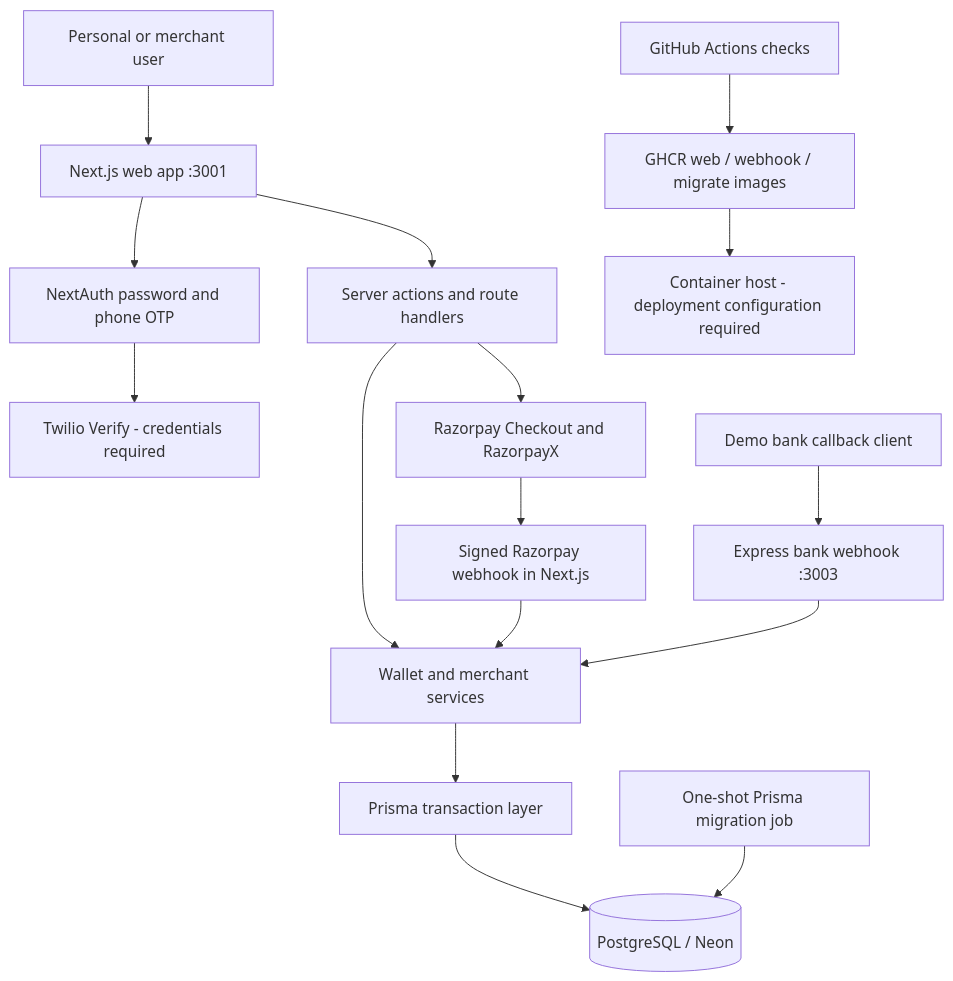
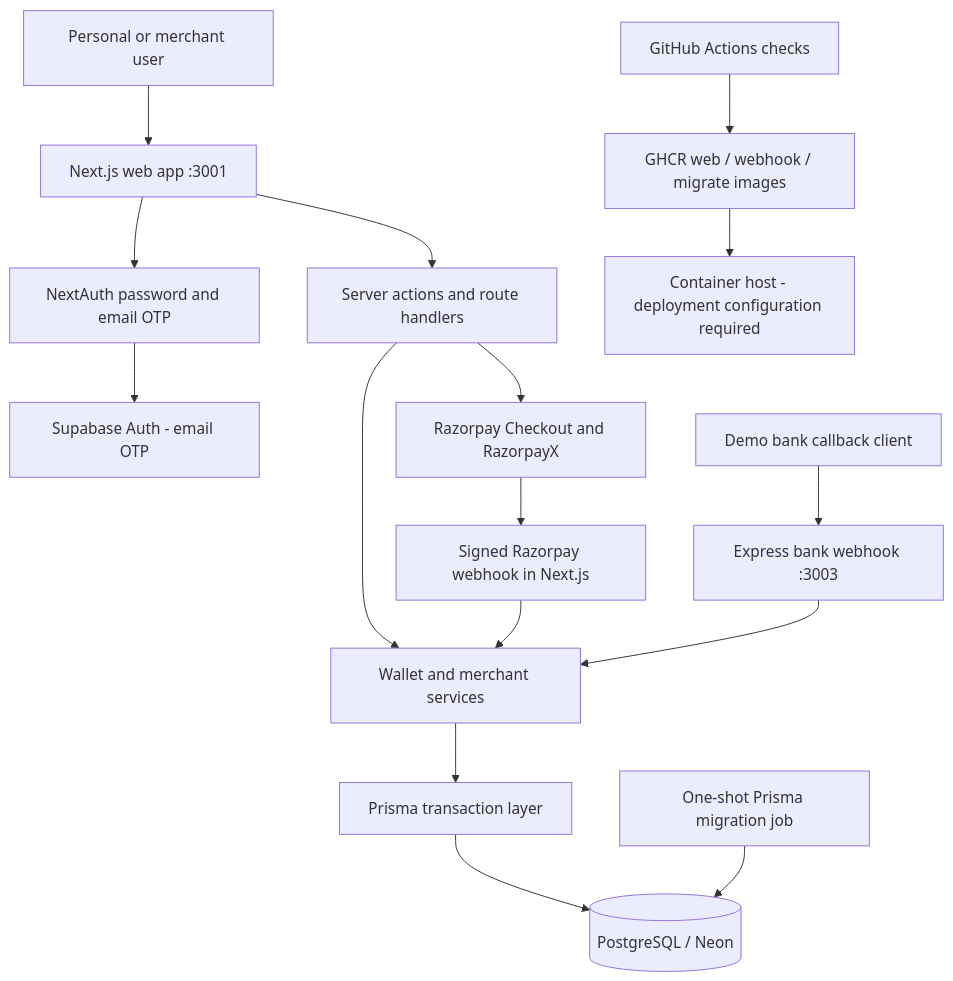
Before and after one commit to Ravichandra531/EasePay: the first of 2 diagrams in docs/ARCHITECTURE.md, drawn with Mermaid. The commit also changed other lines of this file and 30 other files, not shown here.

Commit message:
Add Supabase email OTP and fix Vercel deployment

````diff
--- a/docs/ARCHITECTURE.md
+++ b/docs/ARCHITECTURE.md
@@ -5,18 +5,18 @@
 ```mermaid
 flowchart TB
   Person[Personal or merchant user] --> Web[Next.js web app :3001]
-  Web --> Auth[NextAuth password and phone OTP]
-  Auth --> Verify[Twilio Verify - credentials required]
+  Web --> Auth[NextAuth password and email OTP]
+  Auth --> Verify[Supabase Auth - email OTP]
   Web --> Actions[Server actions and route handlers]
   Actions --> Wallet[Wallet and merchant services]
   Wallet --> Prisma[Prisma transaction layer]
   Prisma --> DB[(PostgreSQL / Neon)]
   Actions --> Checkout[Razorpay Checkout and RazorpayX]
   Checkout --> Signed[Signed Razorpay webhook in Next.js]
   Signed --> Wallet
   Demo[Demo bank callback client] --> Hook[Express bank webhook :3003]
   Hook --> Wallet
   CI[GitHub Actions checks] --> Images[GHCR web / webhook / migrate images]
   Images --> Deploy[Container host - deployment configuration required]
   Migration[One-shot Prisma migration job] --> DB
 ```
````
